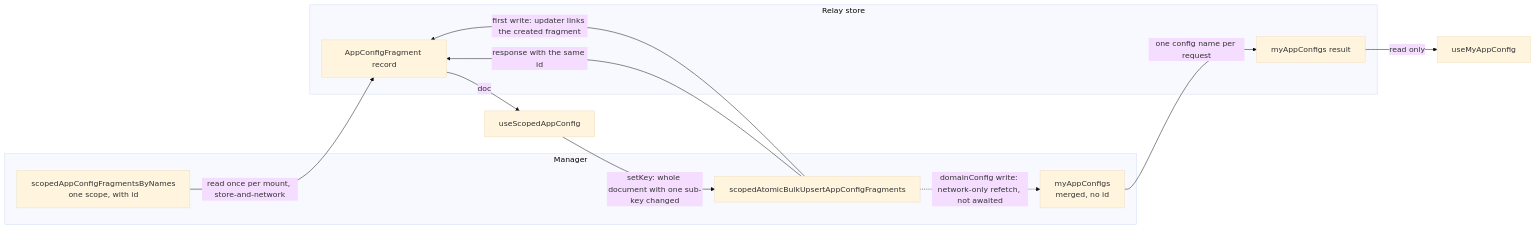
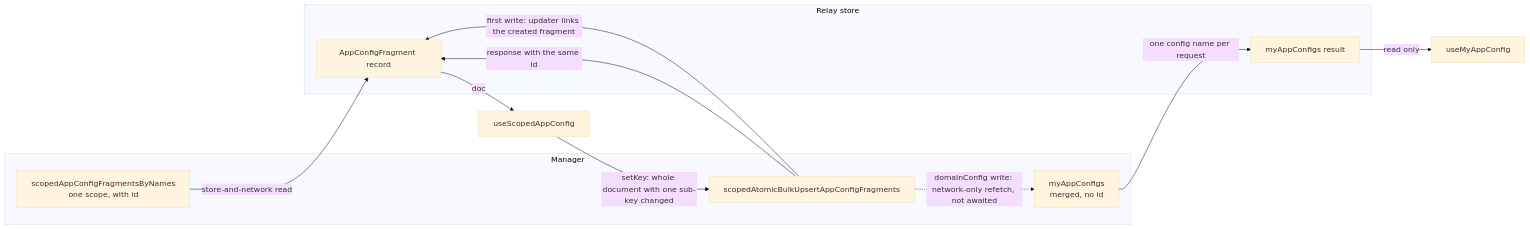
Before and after one commit to lablup/backend.ai-webui: the diagram in docs/adr/0033-scoped-and-merged-app-config-hooks.md, drawn with Mermaid (base theme). The commit also changed other lines of this file and 7 other files, not shown here.

First line of the commit message:
refactor(#11146): drop the mount refresh of the scoped app config read

````diff
--- a/docs/adr/0033-scoped-and-merged-app-config-hooks.md
+++ b/docs/adr/0033-scoped-and-merged-app-config-hooks.md
@@ -22,20 +22,20 @@
 ```mermaid
 flowchart LR
   subgraph manager["Manager"]
     raw["scopedAppConfigFragmentsByNames<br/>one scope, with id"]
     merged["myAppConfigs<br/>merged, no id"]
     upsert["scopedAtomicBulkUpsertAppConfigFragments"]
   end
   subgraph store["Relay store"]
     rawRec["AppConfigFragment record"]
     mergedRec["myAppConfigs result"]
   end
-  raw -- "read once per mount, store-and-network" --> rawRec
+  raw -- "store-and-network read" --> rawRec
   rawRec -- "doc" --> scoped["useScopedAppConfig"]
   scoped -- "setKey: whole document with one sub-key changed" --> upsert
   upsert -- "response with the same id" --> rawRec
   upsert -- "first write: updater links the created fragment" --> rawRec
   upsert -. "domainConfig write: network-only refetch, not awaited" .-> merged
   merged -- "one config name per request" --> mergedRec
   mergedRec -- "read only" --> my["useMyAppConfig"]
 ```
````
